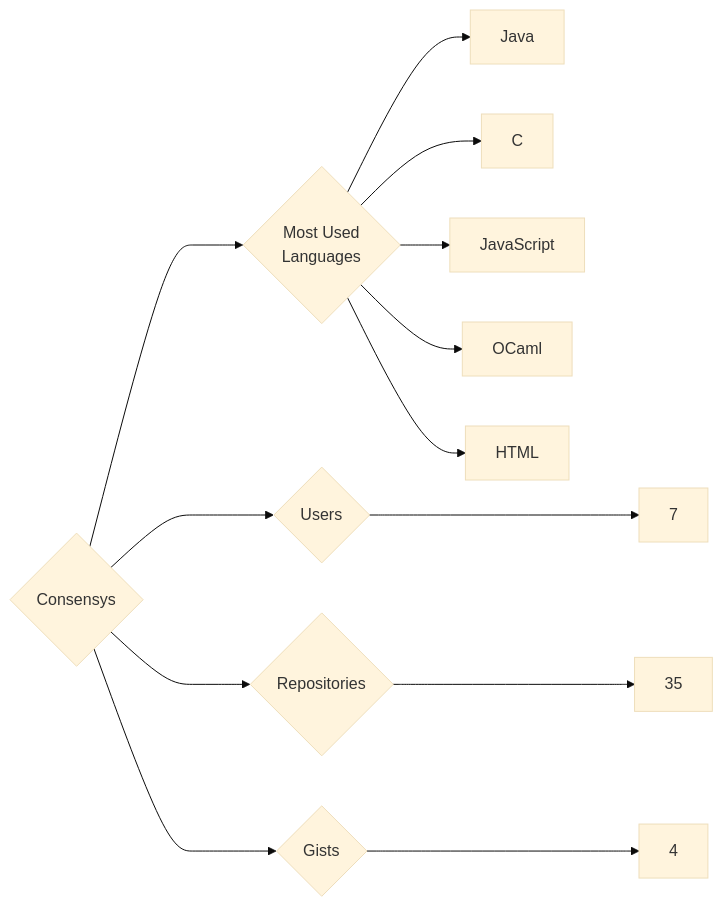
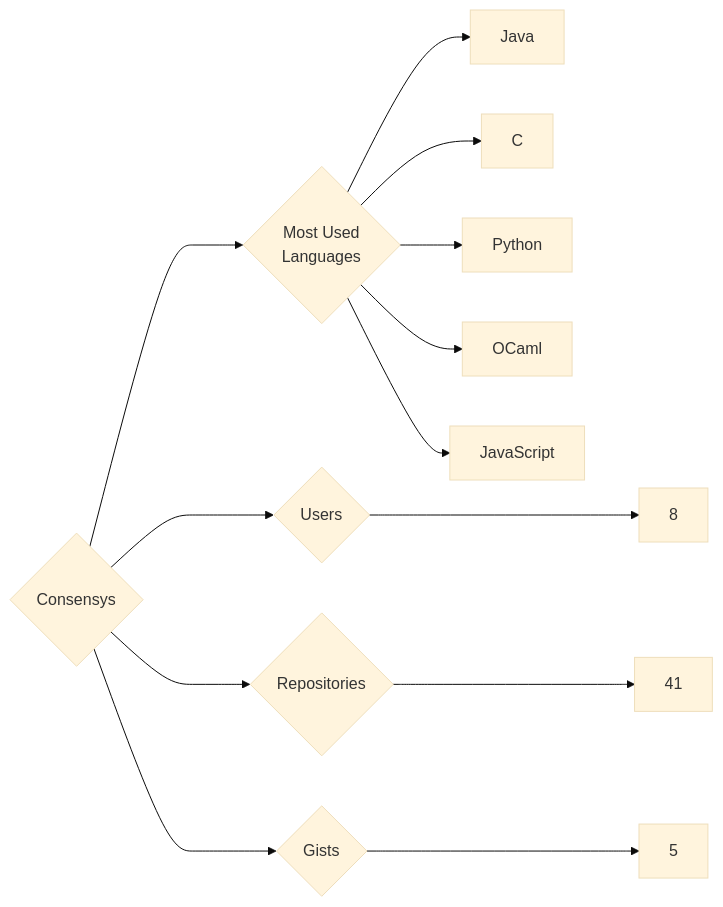
Before and after one commit to trickest/insiders: the diagram in targets/Consensys/README.md, drawn with Mermaid (base theme). The commit also changed 993 other files, not shown here.

````diff
--- a/targets/Consensys/README.md
+++ b/targets/Consensys/README.md
@@ -3,13 +3,13 @@
 ```mermaid
 graph LR
 COMPANY_NAME{Consensys}
-COMPANY_NAME ---> U{Users} ---> UN[7]
-COMPANY_NAME ---> R{Repositories} ---> RN[35]
-COMPANY_NAME ---> G{Gists} ---> GN[4]
+COMPANY_NAME ---> U{Users} ---> UN[8]
+COMPANY_NAME ---> R{Repositories} ---> RN[41]
+COMPANY_NAME ---> G{Gists} ---> GN[5]
 COMPANY_NAME ---> ML{Most Used<br>Languages}
 ML --> Java[Java]
 ML --> C[C]
+ML --> Python[Python]
+ML --> OCaml[OCaml]
 ML --> JavaScript[JavaScript]
-ML --> OCaml[OCaml]
-ML --> HTML[HTML]
 ```
````
